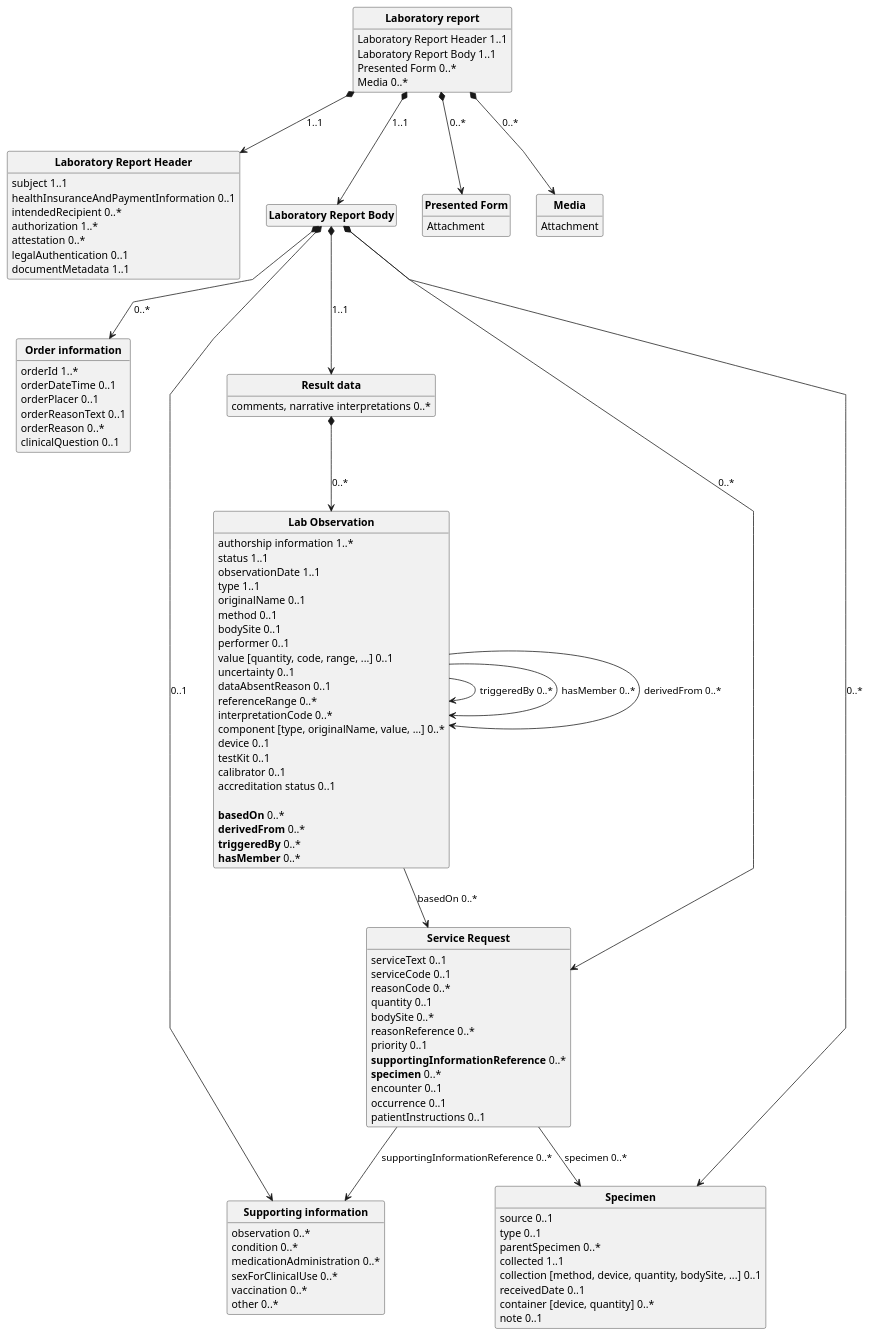
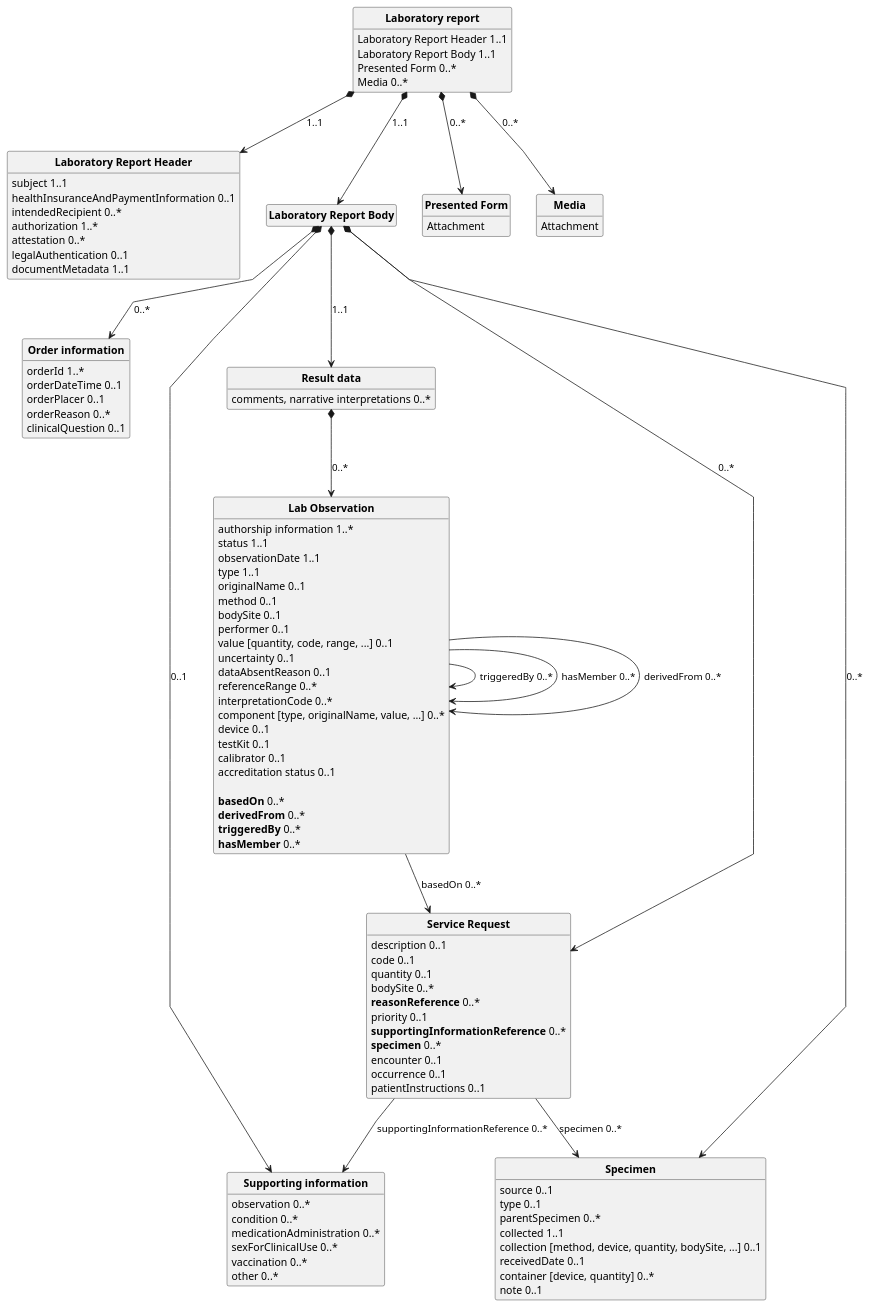
The diagram in input/images-source/laboratory_report.plantuml (Xt-EHR/xt-ehr-common), drawn with PlantUML before and after one commit.

```diff
--- a/input/images-source/laboratory_report.plantuml
+++ b/input/images-source/laboratory_report.plantuml
@@ -1,133 +1,131 @@
 @startuml
 skinparam linetype polyline
 hide circle
 hide stereotype
 hide empty members
 
 class "**Laboratory report**" as labReport{
   Laboratory Report Header 1..1
   Laboratory Report Body 1..1
   Presented Form 0..*
   Media 0..*
 }
 
 labReport *--> header: "1..1"
 labReport *--> body: "1..1"
 labReport *--> presentedForm: "0..*"
 labReport *--> media: "0..*"
 
 class "**Laboratory Report Header**" as header{
   subject 1..1
   healthInsuranceAndPaymentInformation 0..1
   intendedRecipient 0..*
   authorization 1..*
   attestation 0..*
   legalAuthentication 0..1
   documentMetadata 1..1
 }
 
 class "**Laboratory Report Body**" as body{
 }
 
 body *--> orderInformation: "0..*"
 body *--> supportingInformation: "0..1"
 body *--> specimen: "0..*"
 body *--> serviceRequest: "0..*"
 body *--> resultData: "1..1"
 
 class "**Order information**" as orderInformation {
   orderId 1..*
   orderDateTime 0..1
   orderPlacer 0..1
-  orderReasonText 0..1
   orderReason 0..*
   clinicalQuestion 0..1
 }
 
 class "**Supporting information**" as supportingInformation {
   observation 0..*
   condition 0..*
   medicationAdministration 0..*
   sexForClinicalUse 0..*
   vaccination 0..*
   other 0..*
 }
 
 
 class "**Specimen**" as specimen {
   source 0..1
   type 0..1
   parentSpecimen 0..*
   collected 1..1
   collection [method, device, quantity, bodySite, ...] 0..1
   receivedDate 0..1
   container [device, quantity] 0..*
   note 0..1
 }
 
 class "**Service Request**" as serviceRequest {
-  serviceText 0..1
-  serviceCode 0..1
-  reasonCode 0..*
+  description 0..1
+  code 0..1
   quantity 0..1
   bodySite 0..*
-  reasonReference 0..*
+  **reasonReference** 0..*
   priority 0..1
   **supportingInformationReference** 0..*
   **specimen** 0..*
   encounter 0..1
   occurrence 0..1
   patientInstructions 0..1
 }
 
 serviceRequest --> specimen: "specimen 0..*"
 serviceRequest --> supportingInformation: "supportingInformationReference 0..*"
 
 class "**Result data**" as resultData {
   comments, narrative interpretations 0..*
   }
 
 resultData *--> results: 0..*
 
 class "**Lab Observation**" as results {
   authorship information 1..*
   status 1..1
   observationDate 1..1
   type 1..1
   originalName 0..1
   method 0..1
   bodySite 0..1
   performer 0..1
   value [quantity, code, range, ...] 0..1
   uncertainty 0..1
   dataAbsentReason 0..1
   referenceRange 0..*
   interpretationCode 0..*
   component [type, originalName, value, ...] 0..*
   device 0..1
   testKit 0..1
   calibrator 0..1
   accreditation status 0..1
 
   **basedOn** 0..*
   **derivedFrom** 0..*
   **triggeredBy** 0..*
   **hasMember** 0..*
 }
 
 results --> results: "triggeredBy 0..*"
 results --> results: "hasMember 0..*"
 results --> results: "derivedFrom 0..*"
 results --> serviceRequest: "basedOn 0..*"
 
 
 class "**Presented Form**" as presentedForm {
   Attachment
 }
 
 class "**Media**" as media {
   Attachment
 }
 
 
 @enduml
```
